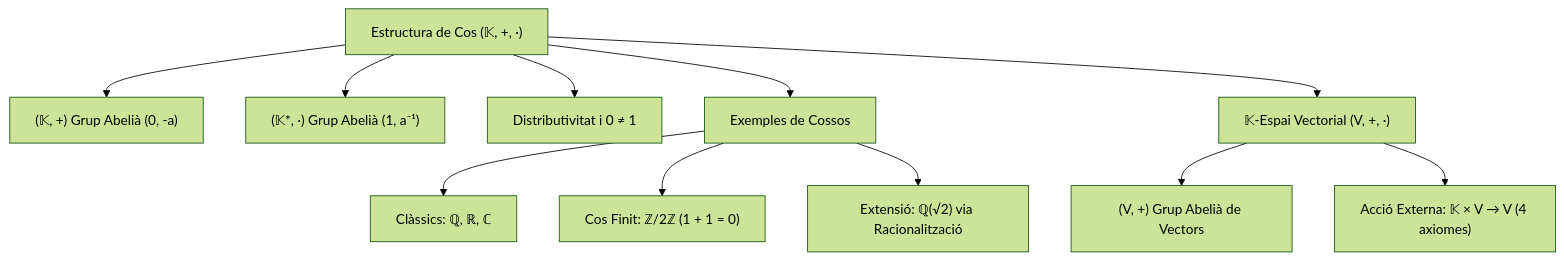
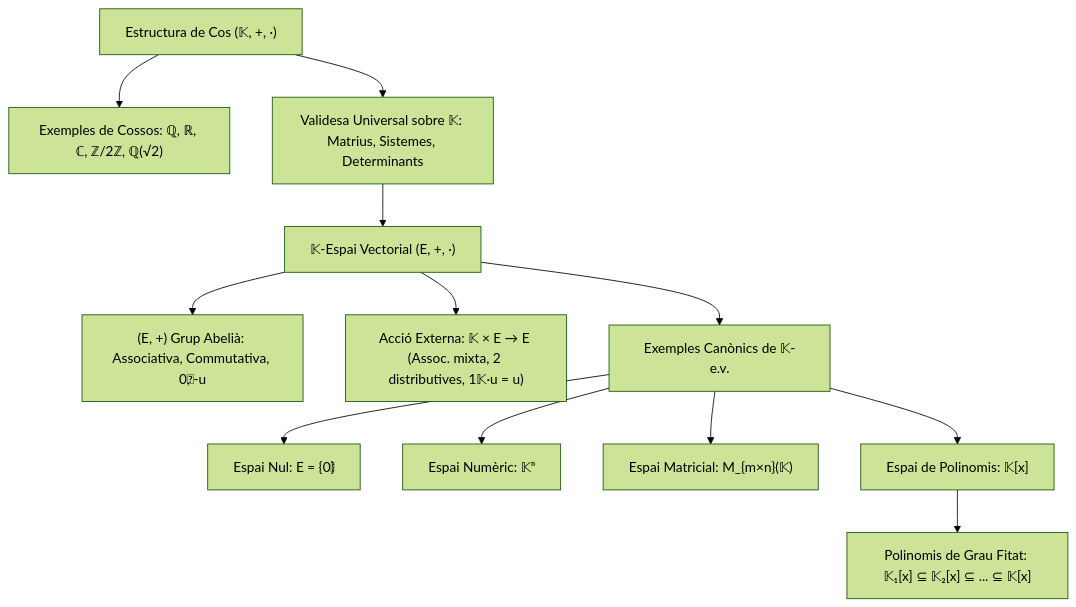
The diagram in Apunts/Algebra 1/04. Espais Vectorials.md (Bibinuz/Apunts-Matematiques), drawn with Mermaid (forest theme) before and after one commit. The commit also changed other lines of this file and 16 other files, not shown here.

````diff
--- a/Apunts/Algebra 1/04. Espais Vectorials.md
+++ b/Apunts/Algebra 1/04. Espais Vectorials.md
@@ -124,13 +209,14 @@
 ```mermaid
 flowchart TD
-    Cos["Estructura de Cos (𝕂, +, ·)"] --> Suma["(𝕂, +) Grup Abelià (0, -a)"]
-    Cos --> Prod["(𝕂*, ·) Grup Abelià (1, a⁻¹)"]
-    Cos --> Dist["Distributivitat i 0 ≠ 1"]
-    Cos --> Exemples["Exemples de Cossos"]
-    Exemples --> QRC["Clàssics: ℚ, ℝ, ℂ"]
-    Exemples --> Z2["Cos Finit: ℤ/2ℤ (1 + 1 = 0)"]
-    Exemples --> Qsqrt2["Extensió: ℚ(√2) via Racionalització"]
-    Cos --> EV["𝕂-Espai Vectorial (V, +, ·)"]
-    EV --> GrupV["(V, +) Grup Abelià de Vectors"]
-    EV --> Accio["Acció Externa: 𝕂 × V → V (4 axiomes)"]
+    Cos["Estructura de Cos (𝕂, +, ·)"] --> Exemples["Exemples de Cossos: ℚ, ℝ, ℂ, ℤ/2ℤ, ℚ(√2)"]
+    Cos --> Obs["Validesa Universal sobre 𝕂: Matrius, Sistemes, Determinants"]
+    Obs --> EV["𝕂-Espai Vectorial (E, +, ·)"]
+    EV --> GrupV["(E, +) Grup Abelià: Associativa, Commutativa, 0⃗, -u"]
+    EV --> Accio["Acció Externa: 𝕂 × E → E (Assoc. mixta, 2 distributives, 1𝕂·u = u)"]
+    EV --> ExemplesEV["Exemples Canònics de 𝕂-e.v."]
+    ExemplesEV --> E0["Espai Nul: E = {0⃗}"]
+    ExemplesEV --> Kn["Espai Numèric: 𝕂ⁿ"]
+    ExemplesEV --> Mmn["Espai Matricial: M_{m×n}(𝕂)"]
+    ExemplesEV --> Kx["Espai de Polinomis: 𝕂[x]"]
+    Kx --> Knx["Polinomis de Grau Fitat: 𝕂₁[x] ⊆ 𝕂₂[x] ⊆ ... ⊆ 𝕂[x]"]
 ```
````
